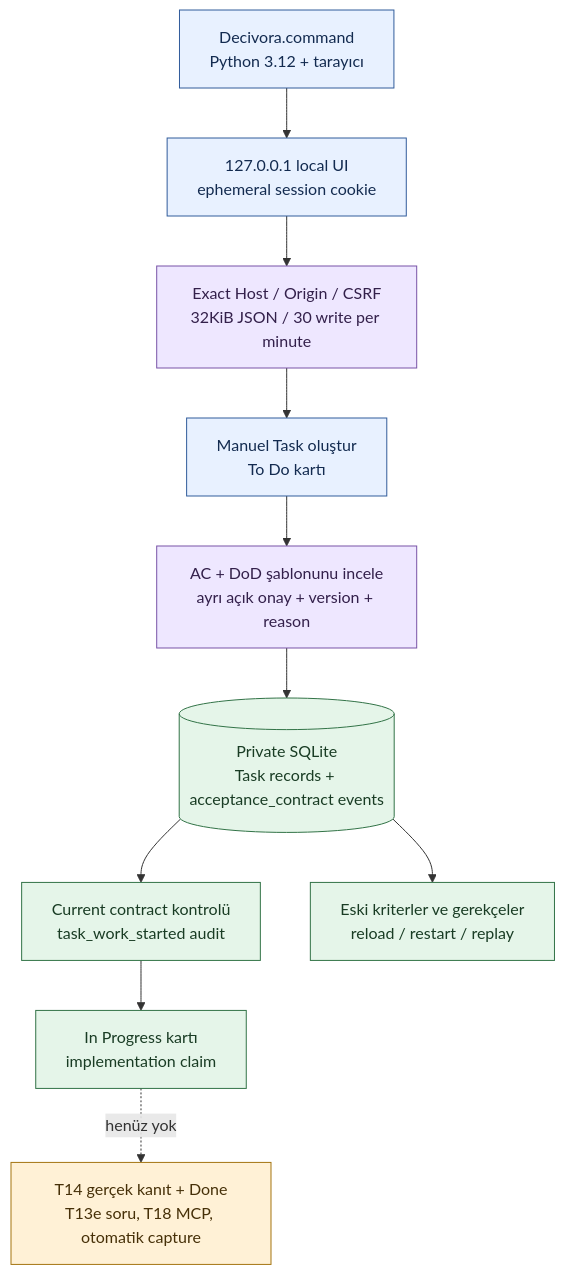
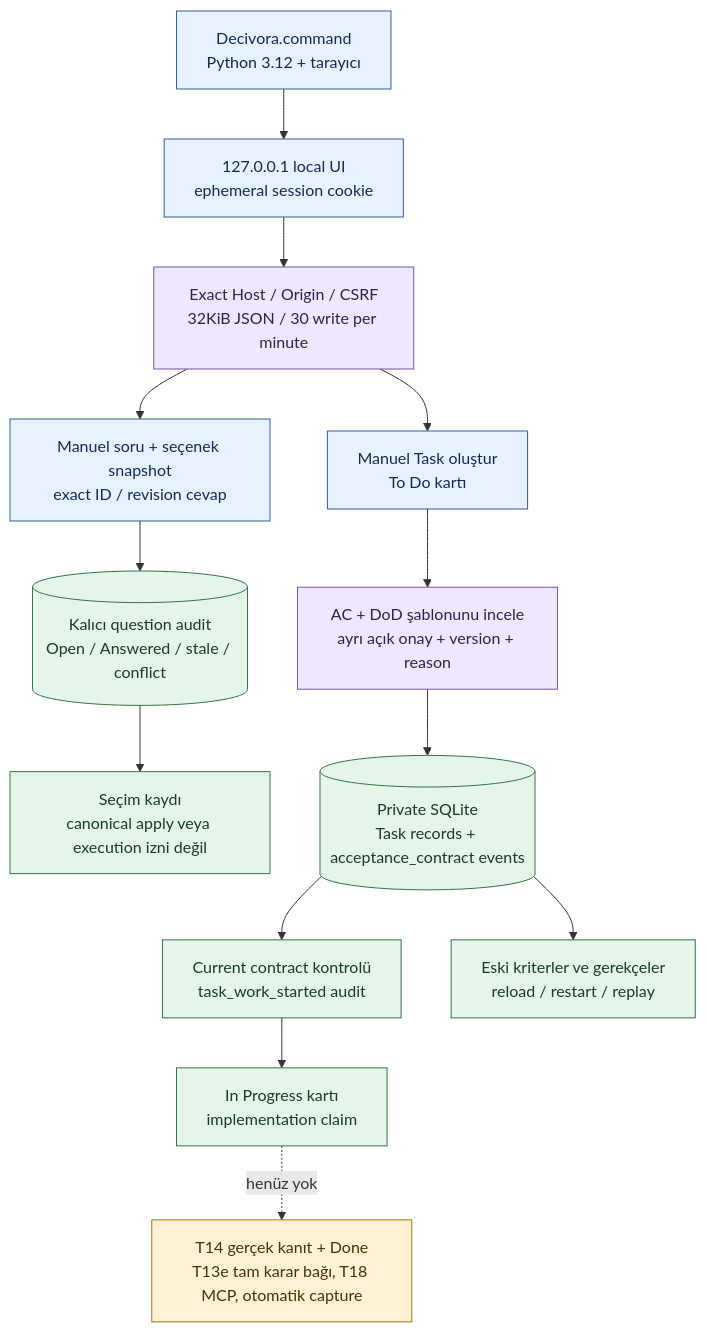
The diagram in docs/architecture/local-preview.md (alphanAkbulut/decivora), drawn with Mermaid before and after one commit. The commit also changed other lines of this file and 18 other files, not shown here.

````diff
--- a/docs/architecture/local-preview.md
+++ b/docs/architecture/local-preview.md
@@ -5,22 +5,26 @@
 ```mermaid
 flowchart TB
     accTitle: Çalışan yerel program, onaylı AC ve kalıcı kayıt
     accDescr: Launcher yalnız loopback server açar. Ephemeral yerel session ve CSRF kontrolü gerekir. Manuel görev ve AC kalıcı SQLite'a yazılır. In Progress çalışma beyanıdır, Done doğrulama modülü açık olduğu için üretilemez.
     L["Decivora.command<br/>Python 3.12 + tarayıcı"] --> S["127.0.0.1 local UI<br/>ephemeral session cookie"]
     S --> G["Exact Host / Origin / CSRF<br/>32KiB JSON / 30 write per minute"]
     G --> T["Manuel Task oluştur<br/>To Do kartı"]
+    G --> Q["Manuel soru + seçenek snapshot<br/>exact ID / revision cevap"]
+    Q --> R[("Kalıcı question audit<br/>Open / Answered / stale / conflict")]
+    R --> N["Seçim kaydı<br/>canonical apply veya execution izni değil"]
     T --> A["AC + DoD şablonunu incele<br/>ayrı açık onay + version + reason"]
     A --> D[("Private SQLite<br/>Task records + acceptance_contract events")]
     D --> W["Current contract kontrolü<br/>task_work_started audit"]
     W --> B["In Progress kartı<br/>implementation claim"]
     D --> H["Eski kriterler ve gerekçeler<br/>reload / restart / replay"]
-    B -. henüz yok .-> V["T14 gerçek kanıt + Done<br/>T13e soru, T18 MCP, otomatik capture"]
+    B -. henüz yok .-> V["T14 gerçek kanıt + Done<br/>T13e tam karar bağı, T18 MCP, otomatik capture"]
     classDef launcher fill:#e8f1ff,stroke:#315c9b,color:#132b50;
     classDef guard fill:#eee7ff,stroke:#7853a7,color:#33204b;
     classDef stored fill:#e5f5e9,stroke:#327347,color:#193c24;
     classDef pending fill:#fff1d6,stroke:#a47511,color:#463008;
     class L,S,T launcher;
     class G,A guard;
-    class D,W,B,H stored;
+    class D,W,B,H,R,N stored;
+    class Q launcher;
     class V pending;
 ```
````
